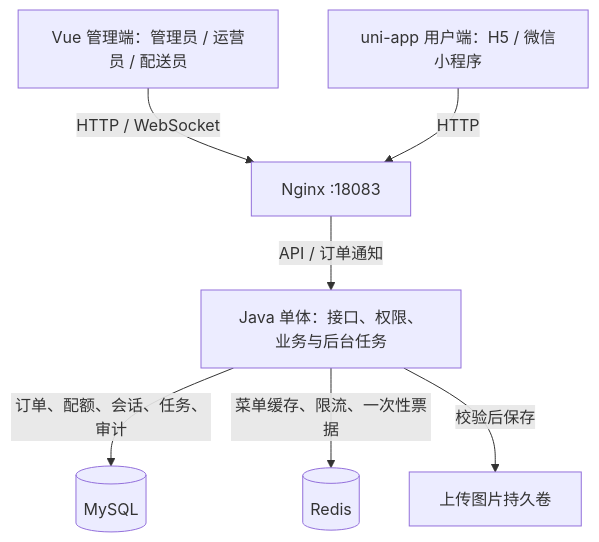
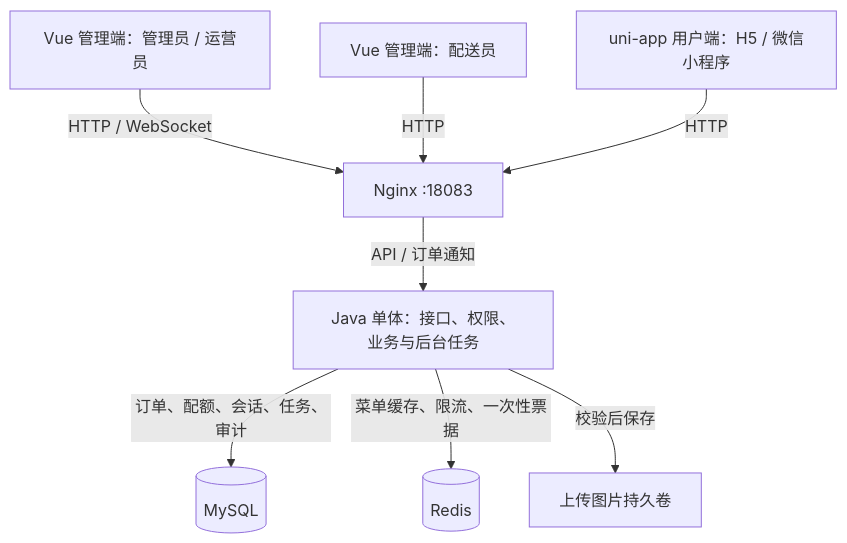
Before and after one commit to W205614/CampusEats: the diagram in README.md, drawn with Mermaid. The commit also changed other lines of this file, not shown here.

````diff
--- a/README.md
+++ b/README.md
@@ -48,9 +48,10 @@
 ```mermaid
 flowchart TD
-    Admin["Vue 管理端：管理员 / 运营员 / 配送员"] -->|HTTP / WebSocket| Web["Nginx :18083"]
+    Admin["Vue 管理端：管理员 / 运营员"] -->|HTTP / WebSocket| Web["Nginx :18083"]
+    Courier["Vue 管理端：配送员"] -->|HTTP| Web
     User["uni-app 用户端：H5 / 微信小程序"] -->|HTTP| Web
     Web -->|API / 订单通知| Server["Java 单体：接口、权限、业务与后台任务"]
     Server -->|订单、配额、会话、任务、审计| DB[(MySQL)]
     Server -->|菜单缓存、限流、一次性票据| Cache[(Redis)]
     Server -->|校验后保存| Files["上传图片持久卷"]
 ```
````
